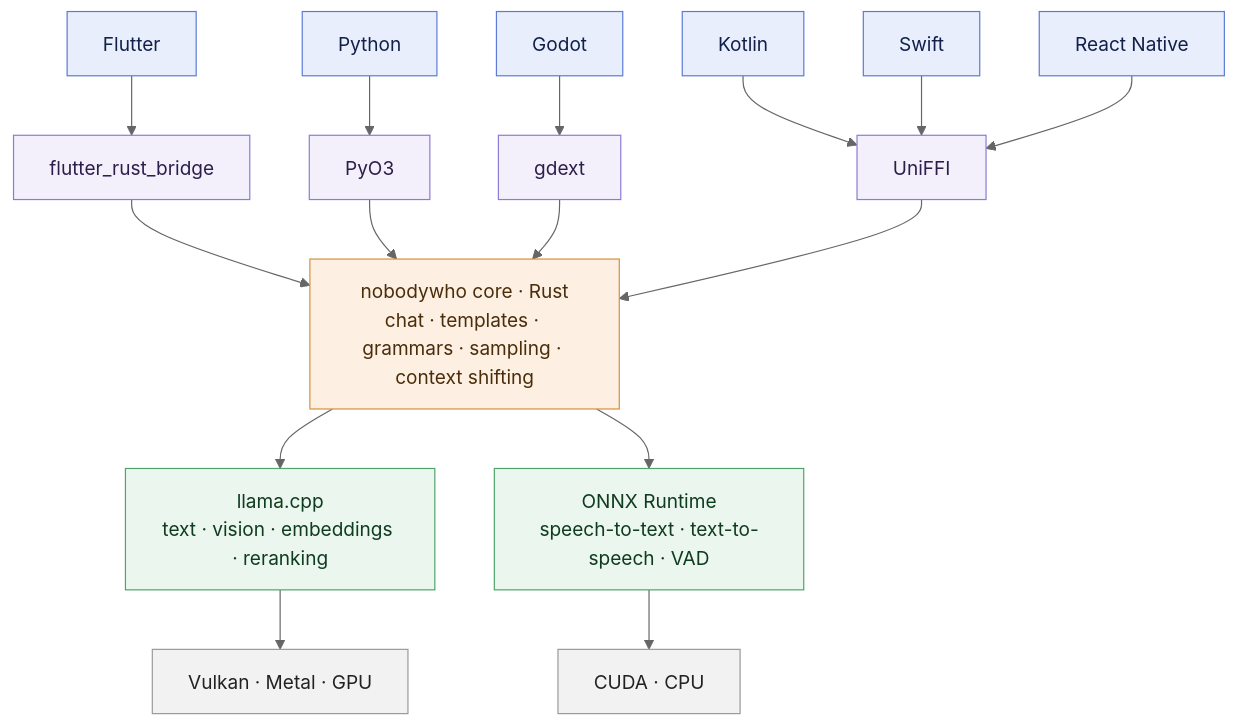
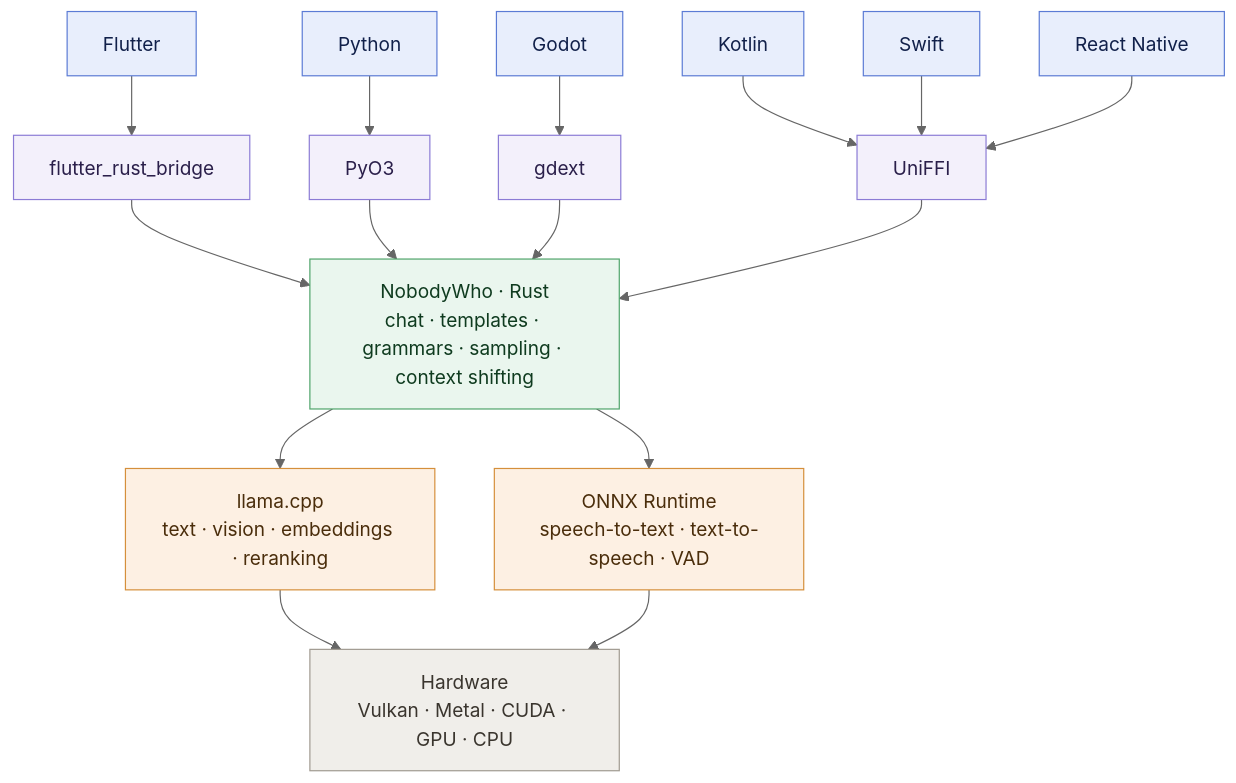
Before and after one commit to nobodywho-ooo/nobodywho: the diagram in README.md, drawn with Mermaid (neutral theme).

Commit message:
improve mermaid

````diff
--- a/README.md
+++ b/README.md
@@ -35,40 +35,40 @@
 ```mermaid
 flowchart TD
     FL["Flutter"]:::lang
     PY["Python"]:::lang
     GO["Godot"]:::lang
     K["Kotlin"]:::lang
     S["Swift"]:::lang
     RN["React Native"]:::lang
 
     FRB["flutter_rust_bridge"]:::glue
     P3["PyO3"]:::glue
     GX["gdext"]:::glue
     U["UniFFI"]:::glue
 
     FL --> FRB
     PY --> P3
     GO --> GX
     K --> U
     S --> U
     RN --> U
 
-    CORE["nobodywho core · Rust<br/>chat · templates · grammars · sampling · context shifting"]:::core
+    CORE["NobodyWho · Rust<br/>chat · templates · grammars · sampling · context shifting"]:::core
 
     FRB --> CORE
     P3 --> CORE
     GX --> CORE
     U --> CORE
 
     CORE --> LCPP["llama.cpp<br/>text · vision · embeddings · reranking"]:::engine
     CORE --> ORT["ONNX Runtime<br/>speech-to-text · text-to-speech · VAD"]:::engine
 
-    LCPP --> HW1["Vulkan · Metal · GPU"]:::hw
-    ORT --> HW2["CUDA · CPU"]:::hw
+    LCPP --> HW["Hardware<br/>Vulkan · Metal · CUDA · GPU · CPU"]:::hw
+    ORT --> HW
 
     classDef lang fill:#e8eefc,stroke:#5b7bd5,color:#11204a
     classDef glue fill:#f3f0fb,stroke:#8b7bd5,color:#2a1f4a
-    classDef core fill:#fdf0e3,stroke:#d58f3b,color:#4a2d0b
-    classDef engine fill:#eaf6ee,stroke:#4fa46a,color:#0f3b1f
-    classDef hw fill:#f2f2f2,stroke:#999,color:#222
+    classDef core fill:#eaf6ee,stroke:#4fa46a,color:#0f3b1f
+    classDef engine fill:#fdf0e3,stroke:#d58f3b,color:#4a2d0b
+    classDef hw fill:#f0eeea,stroke:#a09a90,color:#3a352e
 ```
````
